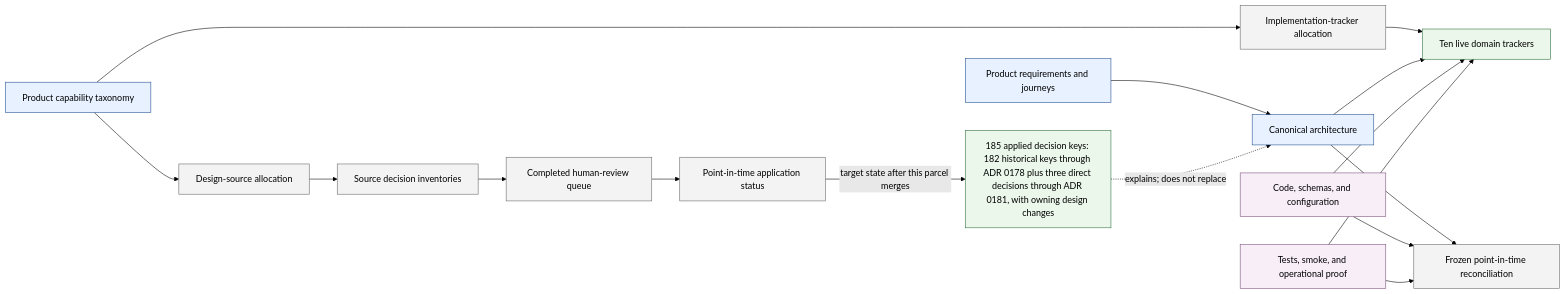
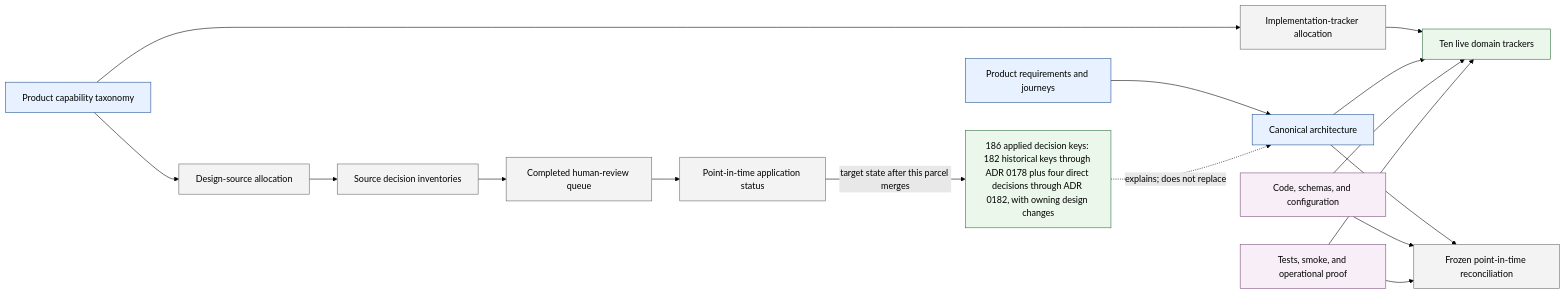
One commit to benhook1013/FireMUD changed the diagram in design/project-management/design-alignment/README.md. Above: the diagram before and after it, drawn with Mermaid (forest theme). The commit also changed other lines of this file and 83 other files, not shown here.

````diff
--- a/design/project-management/design-alignment/README.md
+++ b/design/project-management/design-alignment/README.md
@@ -27,26 +27,26 @@
 ```mermaid
 flowchart LR
     PRODUCT[Product requirements and journeys]:::canonical --> ARCH[Canonical architecture]:::canonical
     TAXONOMY[Product capability taxonomy]:::canonical --> DESIGN_ALLOC[Design-source allocation]:::alignment
     DESIGN_ALLOC --> SOURCE_INV[Source decision inventories]:::alignment
     SOURCE_INV --> HUMAN_QUEUE[Completed human-review queue]:::alignment
     HUMAN_QUEUE --> APPLY[Point-in-time application status]:::alignment
-    APPLY -->|target state after this parcel merges| APPLIED_DECISIONS[185 applied decision keys: 182 historical keys through ADR 0178 plus three direct decisions through ADR 0181, with owning design changes]:::status
+    APPLY -->|target state after this parcel merges| APPLIED_DECISIONS[186 applied decision keys: 182 historical keys through ADR 0178 plus four direct decisions through ADR 0182, with owning design changes]:::status
     APPLIED_DECISIONS -. explains; does not replace .-> ARCH
 
     TAXONOMY --> TRACKER_ALLOC[Implementation-tracker allocation]:::alignment
     TRACKER_ALLOC --> TRACKERS[Ten live domain trackers]:::status
     ARCH --> TRACKERS
     CODE[Code, schemas, and configuration]:::evidence --> TRACKERS
     PROOF[Tests, smoke, and operational proof]:::evidence --> TRACKERS
 
     ARCH --> RECON[Frozen point-in-time reconciliation]:::alignment
     CODE --> RECON
     PROOF --> RECON
 
     classDef canonical fill:#e8f1ff,stroke:#1f4f8f
     classDef alignment fill:#f3f3f3,stroke:#666
     classDef pending fill:#fff4d6,stroke:#9a6700
     classDef status fill:#eaf7ea,stroke:#2f6f3e
     classDef evidence fill:#f8eef8,stroke:#7a4e7a
 ```
````
